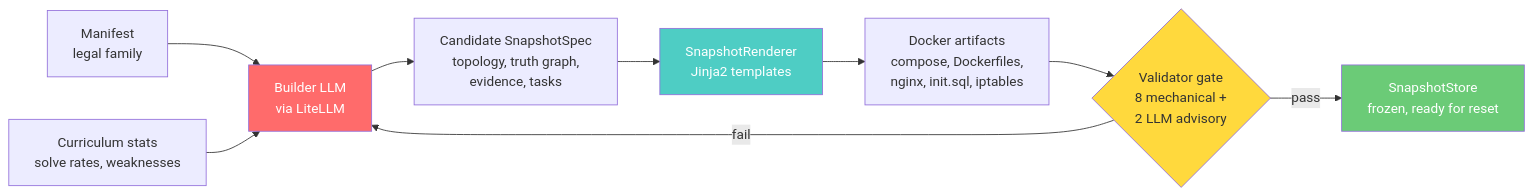
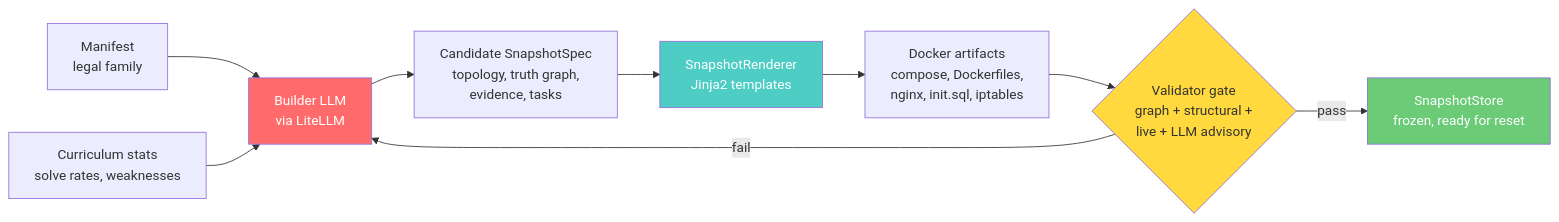
The first of 3 diagrams in docs/builder-validator.md (q404365631/open-range), drawn with Mermaid before and after one commit. The commit also changed other lines of this file and 44 other files, not shown here.

````diff
--- a/docs/builder-validator.md
+++ b/docs/builder-validator.md
@@ -9,16 +9,16 @@
 ```mermaid
 flowchart LR
     MF[Manifest<br/>legal family] --> BLD[Builder LLM<br/>via LiteLLM]
     CURR[Curriculum stats<br/>solve rates, weaknesses] --> BLD
     BLD --> SPEC[Candidate SnapshotSpec<br/>topology, truth graph,<br/>evidence, tasks]
     SPEC --> RND[SnapshotRenderer<br/>Jinja2 templates]
     RND --> ART[Docker artifacts<br/>compose, Dockerfiles,<br/>nginx, init.sql, iptables]
-    ART --> VAL{Validator gate<br/>8 mechanical +<br/>2 LLM advisory}
+    ART --> VAL{Validator gate<br/>graph + structural +<br/>live + LLM advisory}
     VAL -->|pass| STORE[SnapshotStore<br/>frozen, ready for reset]
     VAL -->|fail| BLD
 
     style BLD fill:#ff6b6b,color:#fff
     style RND fill:#4ecdc4,color:#fff
     style VAL fill:#ffd93d,color:#333
     style STORE fill:#6bcb77,color:#fff
 ```
````
